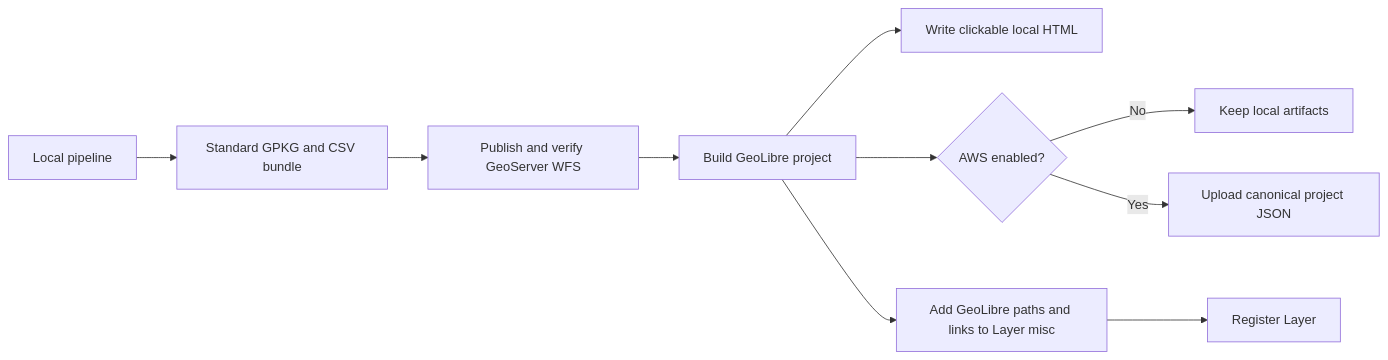
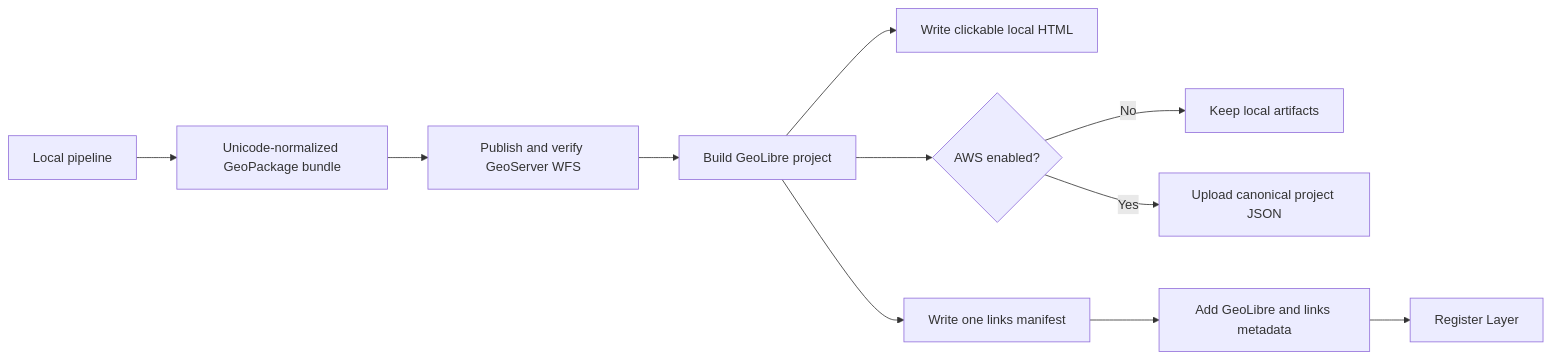
One commit to core-stack-org/core-stack-backend changed the diagram in computing/misc/local_pipeline/GEOLIBRE_INTEGRATION.md. Above: the diagram before and after it, drawn with Mermaid. The commit also changed other lines of this file and 16 other files, not shown here.

Commit message:
Finalize GeoPackage and GeoLibre output contracts

````diff
--- a/computing/misc/local_pipeline/GEOLIBRE_INTEGRATION.md
+++ b/computing/misc/local_pipeline/GEOLIBRE_INTEGRATION.md
@@ -26,12 +26,13 @@
 ```mermaid
 flowchart LR
-    A[Local pipeline] --> B[Standard GPKG and CSV bundle]
+    A[Local pipeline] --> B[Unicode-normalized GeoPackage bundle]
     B --> C[Publish and verify GeoServer WFS]
     C --> D[Build GeoLibre project]
     D --> E[Write clickable local HTML]
     D --> F{AWS enabled?}
     F -- No --> G[Keep local artifacts]
     F -- Yes --> H[Upload canonical project JSON]
-    D --> I[Add GeoLibre paths and links to Layer misc]
-    I --> J[Register Layer]
+    D --> I[Write one links manifest]
+    I --> J[Add GeoLibre and links metadata]
+    J --> K[Register Layer]
 ```
````
